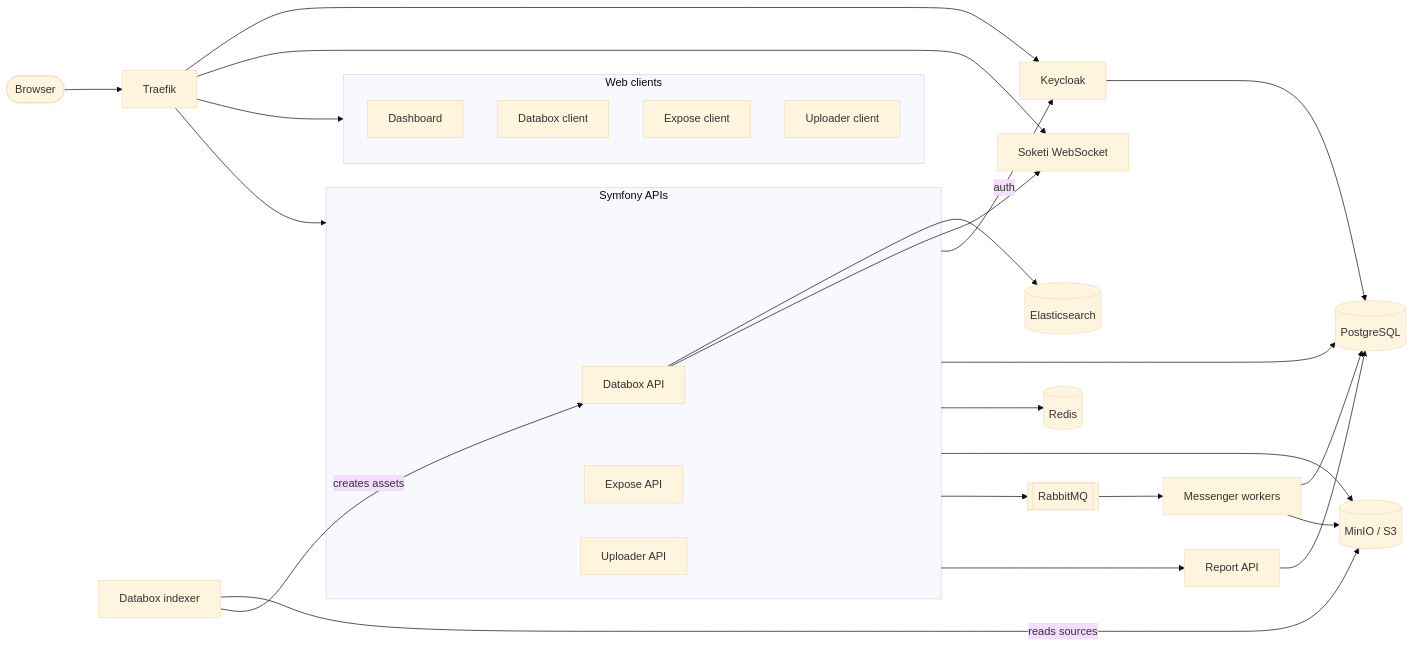
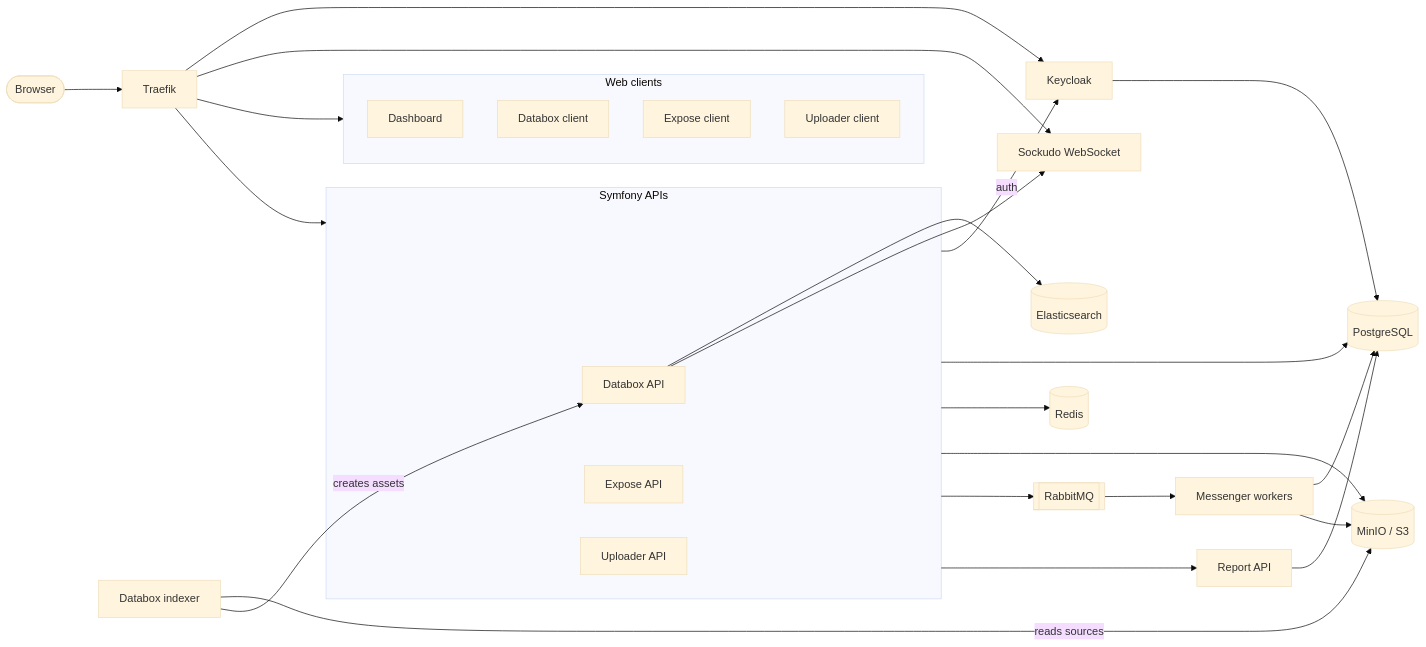
The diagram in README.md (alchemy-fr/phrasea), drawn with Mermaid (base theme) before and after one commit. The commit also changed 35 other files, not shown here.

First line of the commit message:
feat: replace Soketi with Sockudo as the WebSocket server

````diff
--- a/README.md
+++ b/README.md
@@ -82,41 +82,41 @@
 ```mermaid
 flowchart LR
     browser([Browser]) --> traefik[Traefik]
 
     subgraph clients[Web clients]
         dashboard[Dashboard]
         databoxClient[Databox client]
         exposeClient[Expose client]
         uploaderClient[Uploader client]
     end
 
     subgraph apis[Symfony APIs]
         databoxApi[Databox API]
         exposeApi[Expose API]
         uploaderApi[Uploader API]
     end
 
     traefik --> clients
     traefik --> apis
     traefik --> keycloak[Keycloak]
-    traefik --> soketi[Soketi WebSocket]
+    traefik --> sockudo[Sockudo WebSocket]
 
     apis -- auth --> keycloak
     apis --> pg[(PostgreSQL)]
     apis --> redis[(Redis)]
     apis --> s3[(MinIO / S3)]
     apis --> rabbitmq[[RabbitMQ]]
     apis --> report[Report API]
     databoxApi --> es[(Elasticsearch)]
-    databoxApi --> soketi
+    databoxApi --> sockudo
 
     rabbitmq --> workers[Messenger workers]
     workers --> pg
     workers --> s3
 
     report --> pg
     keycloak --> pg
 
     indexer[Databox indexer] -- reads sources --> s3
     indexer -- creates assets --> databoxApi
 ```
````
